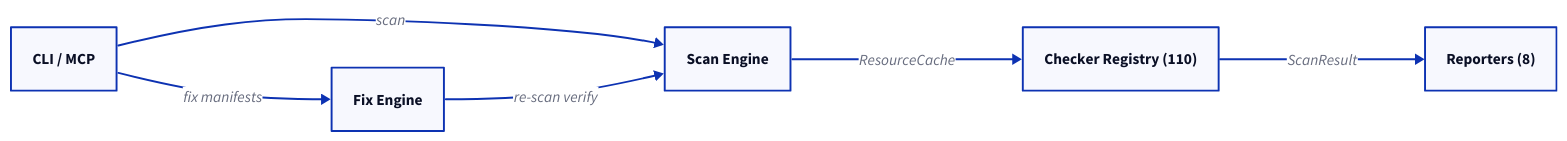
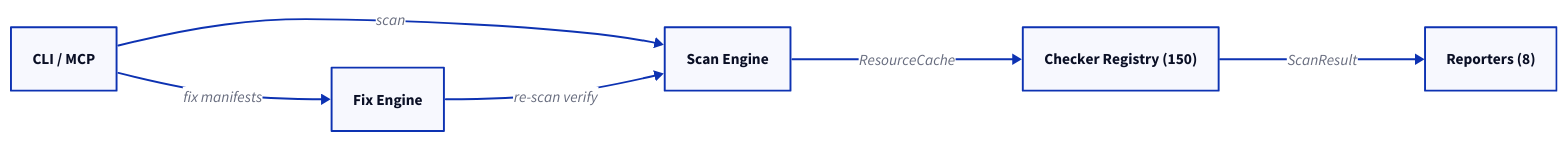
The diagram in docs/governance/MASTER-REFERENCE.md (stribog-cloud/KubeVigil), drawn with D2 before and after one commit. The commit also changed other lines of this file and 219 other files, not shown here.

````diff
--- a/docs/governance/MASTER-REFERENCE.md
+++ b/docs/governance/MASTER-REFERENCE.md
@@ -68,15 +68,15 @@
 ```d2
 direction: right
 
 cli: CLI / MCP {shape: rectangle}
 engine: Scan Engine {shape: rectangle}
-checkers: Checker Registry (110) {shape: rectangle}
+checkers: Checker Registry (150) {shape: rectangle}
 fix: Fix Engine {shape: rectangle}
 report: Reporters (8) {shape: rectangle}
 
 cli -> engine: scan
 cli -> fix: fix manifests
 engine -> checkers: ResourceCache
 checkers -> report: ScanResult
 fix -> engine: re-scan verify
 ```
````
